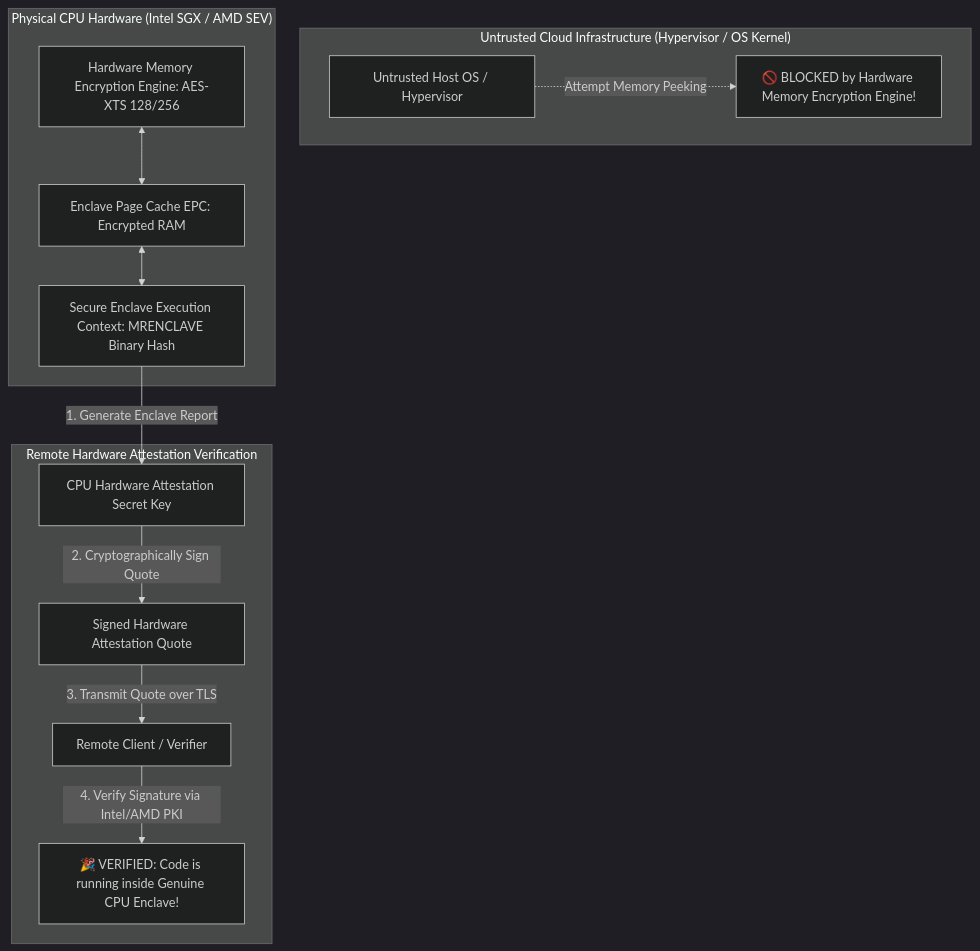
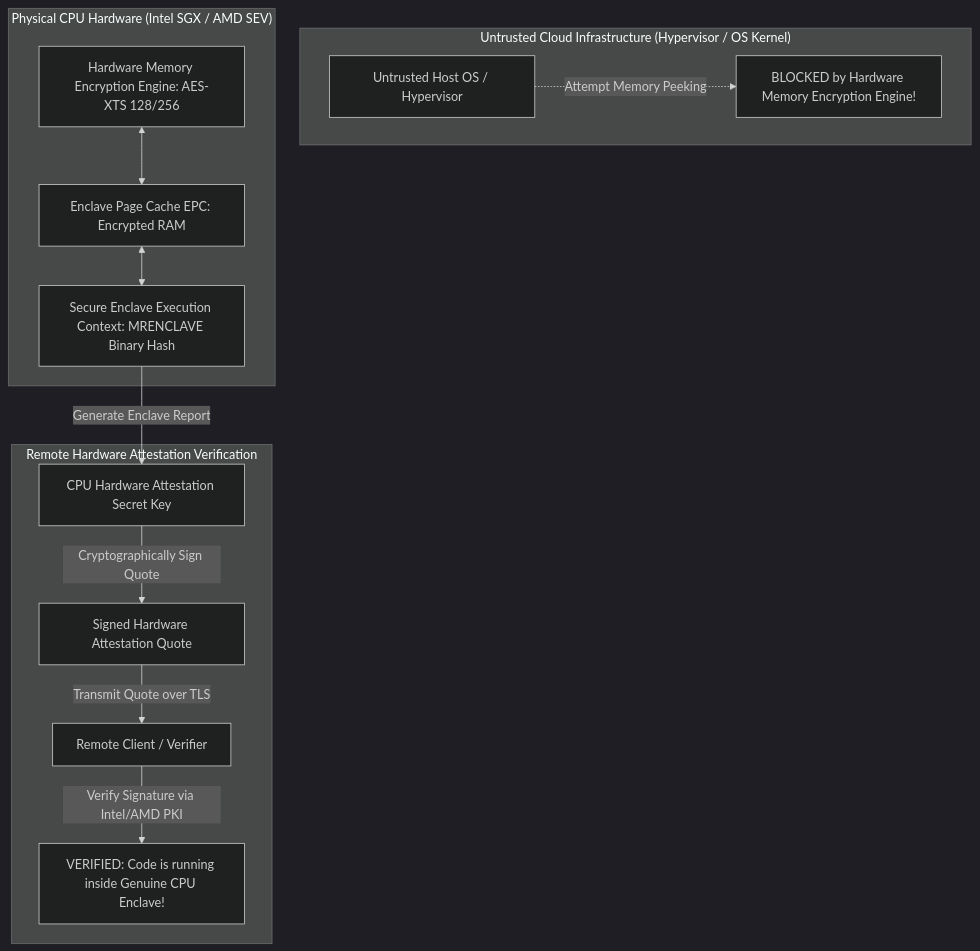
One commit to akmalkhaniub/akmalkhaniub.github.io changed the diagram in blog/posts/confidential-computing-secure-enclaves-intel-sgx-amd-sev.md. Above: the diagram before and after it, drawn with Mermaid (dark theme). The commit also changed 411 other files, not shown here.

````diff
--- a/blog/posts/confidential-computing-secure-enclaves-intel-sgx-amd-sev.md
+++ b/blog/posts/confidential-computing-secure-enclaves-intel-sgx-amd-sev.md
@@ -21,18 +21,18 @@
 ```mermaid
-graph TD
+flowchart TD
   subgraph SG1_UntrustedCloudInfrastructure ["Untrusted Cloud Infrastructure (Hypervisor / OS Kernel)"]
-    UntrustedOS[Untrusted Host OS / Hypervisor] -.->|Attempt Memory Peeking| Blocked[🚫 BLOCKED by Hardware Memory Encryption Engine!]
+    UntrustedOS[Untrusted Host OS / Hypervisor] -.->|Attempt Memory Peeking| Blocked[ BLOCKED by Hardware Memory Encryption Engine!]
   end
   
   subgraph SG2_PhysicalCpuHardware ["Physical CPU Hardware (Intel SGX / AMD SEV)"]
     MEE[Hardware Memory Encryption Engine: AES-XTS 128/256] <--> EPC[Enclave Page Cache EPC: Encrypted RAM]
     EPC <--> Enclave[Secure Enclave Execution Context: MRENCLAVE Binary Hash]
   end
   
   subgraph SG3_RemoteHardwareAttestation ["Remote Hardware Attestation Verification"]
-    Enclave -->|1. Generate Enclave Report| CPU_Key[CPU Hardware Attestation Secret Key]
-    CPU_Key -->|2. Cryptographically Sign Quote| AttestationQuote[Signed Hardware Attestation Quote]
-    AttestationQuote -->|3. Transmit Quote over TLS| RemoteClient[Remote Client / Verifier]
-    RemoteClient -->|4. Verify Signature via Intel/AMD PKI| Trust[🎉 VERIFIED: Code is running inside Genuine CPU Enclave!]
+    Enclave -->|Generate Enclave Report| CPU_Key[CPU Hardware Attestation Secret Key]
+    CPU_Key -->|Cryptographically Sign Quote| AttestationQuote[Signed Hardware Attestation Quote]
+    AttestationQuote -->|Transmit Quote over TLS| RemoteClient[Remote Client / Verifier]
+    RemoteClient -->|Verify Signature via Intel/AMD PKI| Trust[ VERIFIED: Code is running inside Genuine CPU Enclave!]
   end
 ```
````
